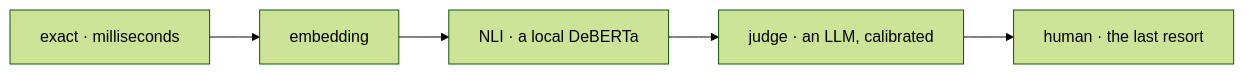
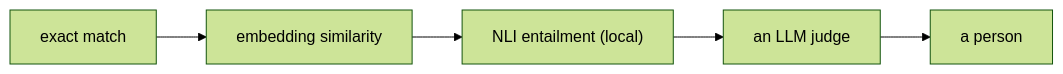
One commit to kk-engineer/robosathi changed the fourth of 4 diagrams in content/en/docs/agentic_ai/rag.md. Above: the diagram before and after it, drawn with Mermaid (forest theme). The commit also changed other lines of this file and 15 other files, not shown here.

````diff
--- a/content/en/docs/agentic_ai/rag.md
+++ b/content/en/docs/agentic_ai/rag.md
@@ -172,4 +181,4 @@
 ```mermaid
 graph LR
-    X["exact · milliseconds"] --> EM[embedding] --> N["NLI · a local DeBERTa"] --> J["judge · an LLM, calibrated"] --> H["human · the last resort"]
+    X["exact match"] --> EM["embedding similarity"] --> N["NLI entailment (local)"] --> J["an LLM judge"] --> H["a person"]
 ```
````
